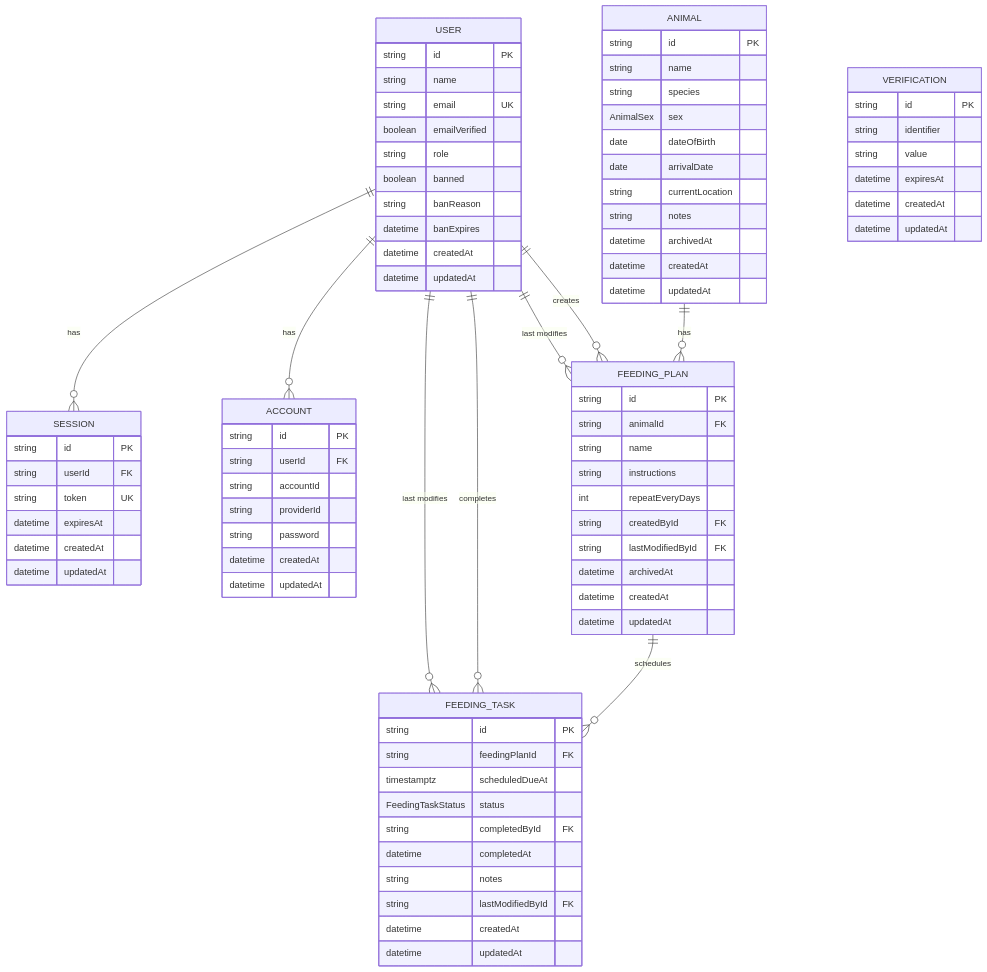
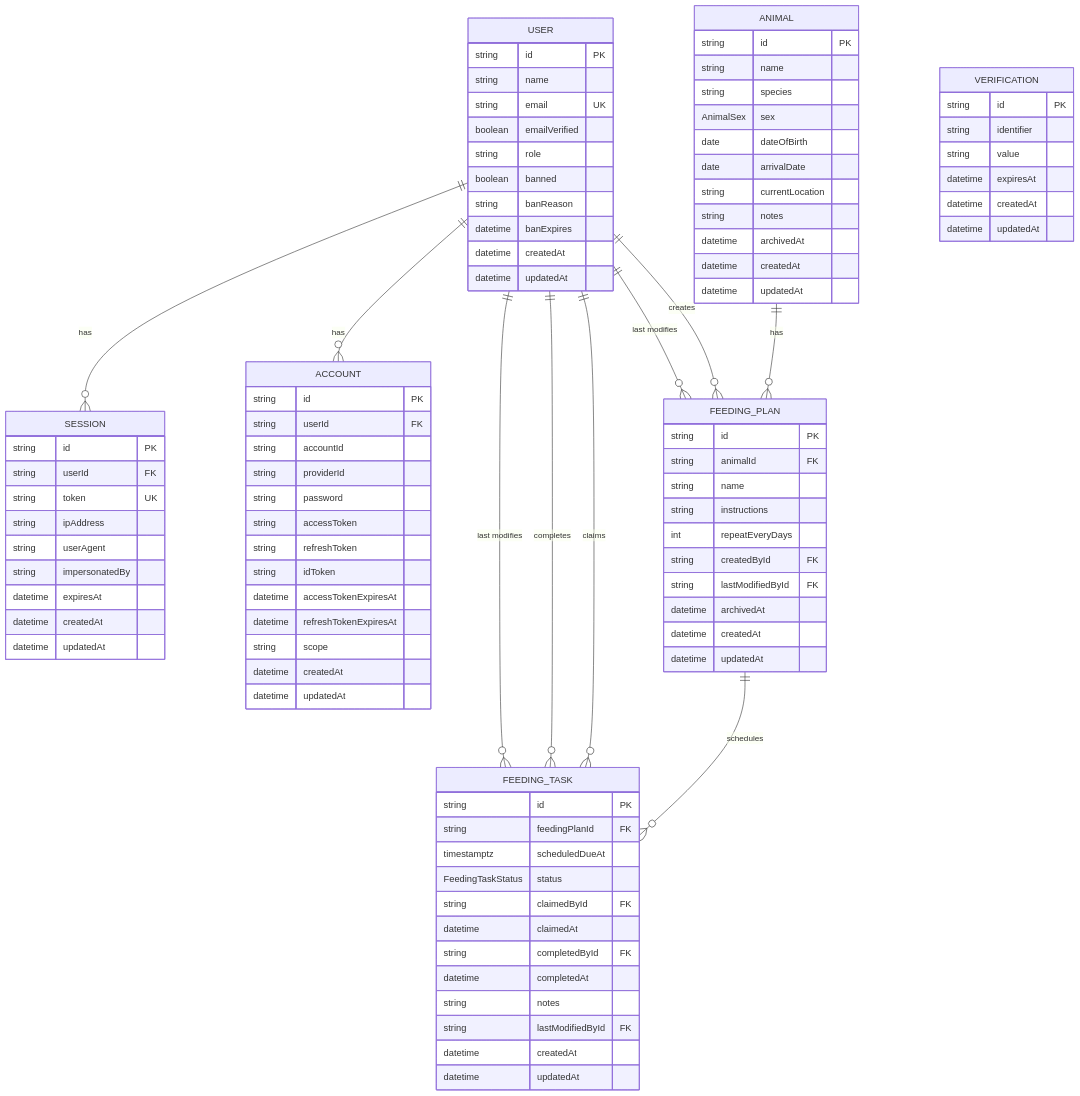
One commit to Dkazarian/zootracker changed the diagram in specs/entity-relationship-model.md. Above: the diagram before and after it, drawn with Mermaid. The commit also changed other lines of this file and 24 other files, not shown here.

Commit message:
docs: add swagger api reference and erd updates

```diff
--- a/specs/entity-relationship-model.md
+++ b/specs/entity-relationship-model.md
@@ -27,6 +28,7 @@
     USER ||--o{ FEEDING_PLAN : "last modifies"
 
     FEEDING_PLAN ||--o{ FEEDING_TASK : "schedules"
+    USER ||--o{ FEEDING_TASK : "claims"
     USER ||--o{ FEEDING_TASK : "completes"
     USER ||--o{ FEEDING_TASK : "last modifies"
 
@@ -47,6 +49,9 @@
         string id PK
         string userId FK
         string token UK
+        string ipAddress
+        string userAgent
+        string impersonatedBy
         datetime expiresAt
         datetime createdAt
         datetime updatedAt
@@ -58,6 +63,12 @@
         string accountId
         string providerId
         string password
+        string accessToken
+        string refreshToken
+        string idToken
+        datetime accessTokenExpiresAt
+        datetime refreshTokenExpiresAt
+        string scope
         datetime createdAt
         datetime updatedAt
     }
@@ -103,6 +114,8 @@
         string feedingPlanId FK
         timestamptz scheduledDueAt
         FeedingTaskStatus status
+        string claimedById FK
+        datetime claimedAt
         string completedById FK
         datetime completedAt
         string notes
```
